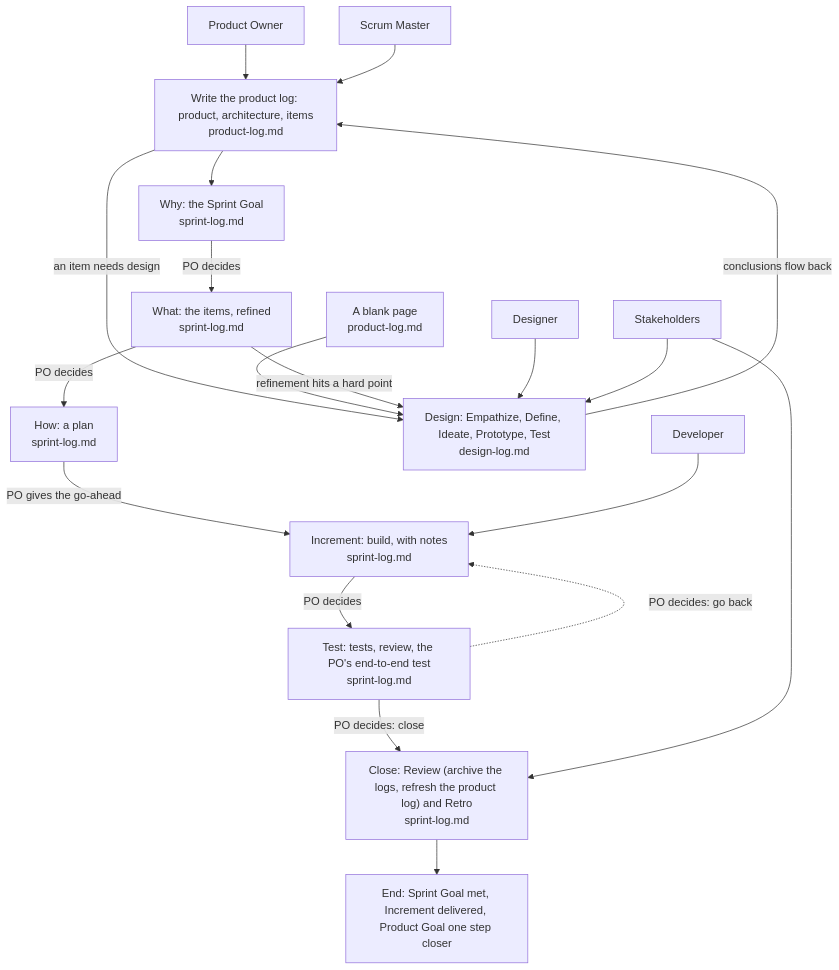
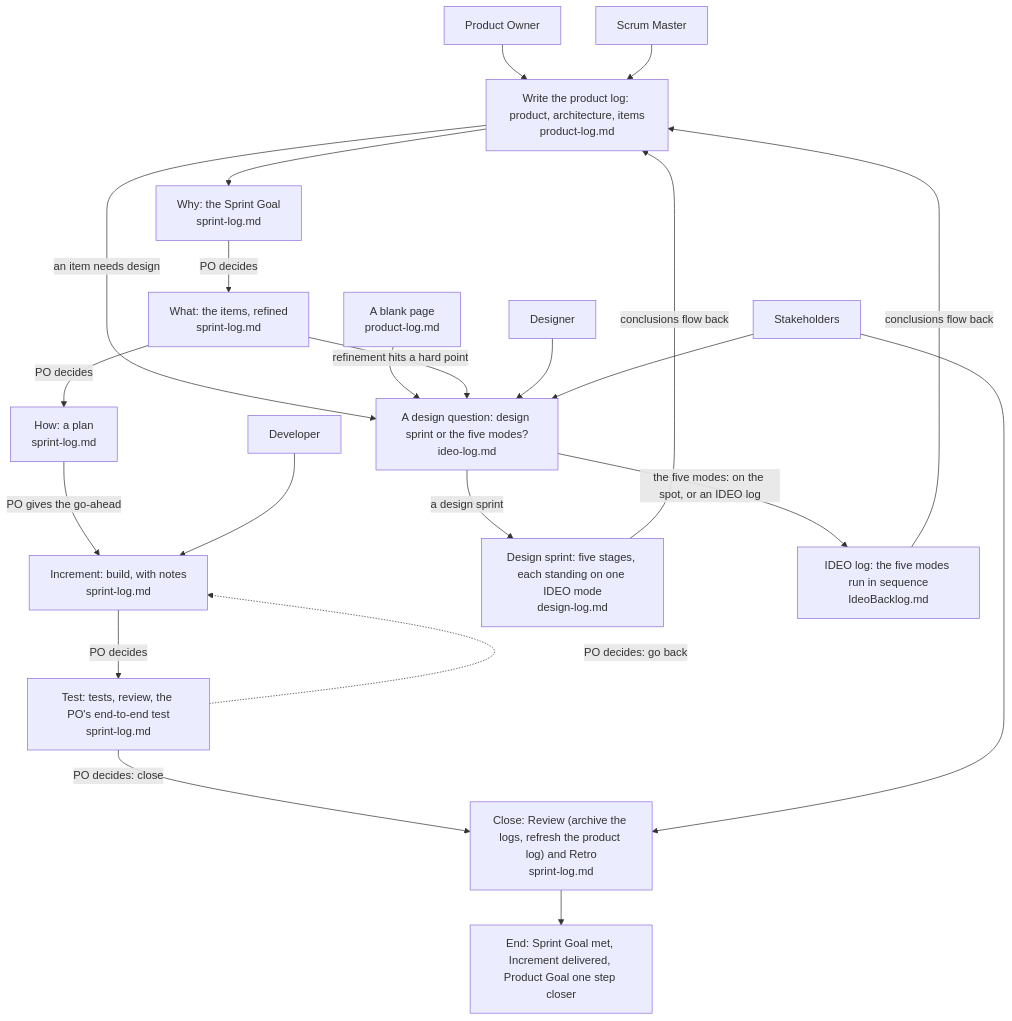
Before and after one commit to seapawn1/IDEO-Scrum: the diagram in plugins/ideo-scrum/skills/scrum-kernel/overview.md, drawn with Mermaid. The commit also changed other lines of this file and 24 other files, not shown here.

Commit message:
docs(Sprint 17): 补 IDEO 日志与模板——ideo-log 四条、IdeoBacklog 模板；分界改名与 8 处指向；架构图与关系条；Codex 同步

````diff
--- a/plugins/ideo-scrum/skills/scrum-kernel/overview.md
+++ b/plugins/ideo-scrum/skills/scrum-kernel/overview.md
@@ -14,26 +14,29 @@
 ```mermaid
 flowchart TD
     PO["Product Owner"]
     SM["Scrum Master"]
     DEV["Developer"]
     DES["Designer"]
     SH["Stakeholders"]
     PO --> A["Write the product log: product, architecture, items<br/>product-log.md"]
     SM --> A
-    A -- "an item needs design" --> X["Design: Empathize, Define, Ideate, Prototype, Test<br/>design-log.md"]
-    BP["A blank page<br/>product-log.md"] --> X
+    A -- "an item needs design" --> X0["A design question: design sprint or the five modes?<br/>ideo-log.md"]
+    BP["A blank page<br/>product-log.md"] --> X0
     A --> S1["Why: the Sprint Goal<br/>sprint-log.md"]
     S1 -- "PO decides" --> S2["What: the items, refined<br/>sprint-log.md"]
-    S2 -- "refinement hits a hard point" --> X
+    S2 -- "refinement hits a hard point" --> X0
     S2 -- "PO decides" --> S3["How: a plan<br/>sprint-log.md"]
     S3 -- "PO gives the go-ahead" --> S4["Increment: build, with notes<br/>sprint-log.md"]
     DEV --> S4
     S4 -- "PO decides" --> S5["Test: tests, review, the PO's end-to-end test<br/>sprint-log.md"]
     S5 -. "PO decides: go back" .-> S4
     S5 -- "PO decides: close" --> V["Close: Review (archive the logs, refresh the product log) and Retro<br/>sprint-log.md"]
-    DES --> X
-    SH --> X
+    DES --> X0
+    SH --> X0
     SH --> V
+    X0 -- "a design sprint" --> X["Design sprint: five stages, each standing on one IDEO mode<br/>design-log.md"]
+    X0 -- "the five modes: on the spot, or an IDEO log" --> X2["IDEO log: the five modes run in sequence<br/>IdeoBacklog.md"]
     X -- "conclusions flow back" --> A
+    X2 -- "conclusions flow back" --> A
     V --> E["End: Sprint Goal met, Increment delivered, Product Goal one step closer"]
 ```
````
